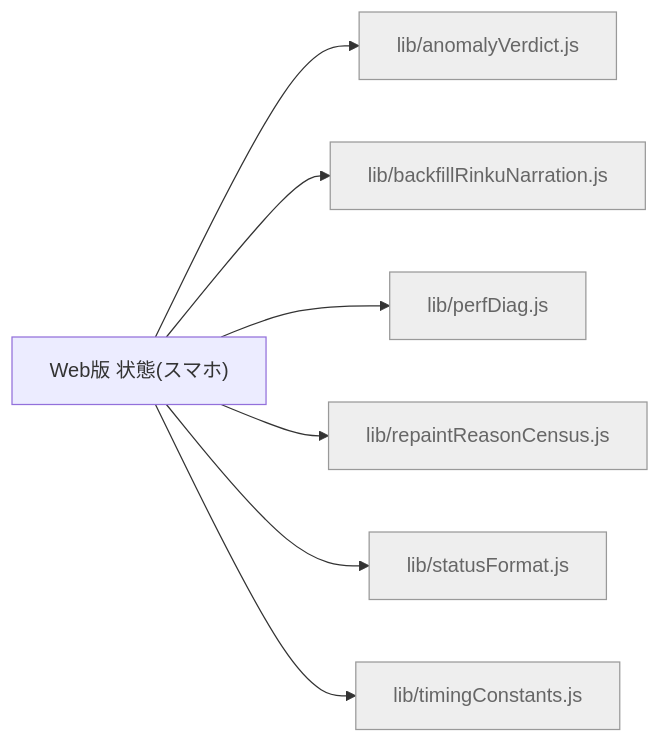
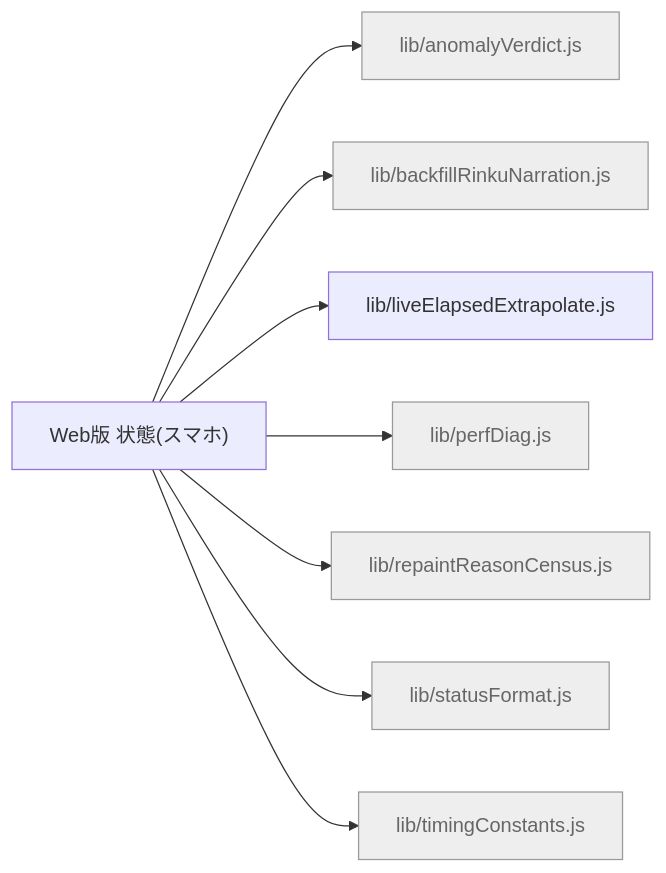
One commit to kimito-link/tsuioku-no-kirameki.com changed the diagram in docs/feature-map/web-status.md. Above: the diagram before and after it, drawn with Mermaid. The commit also changed 35 other files, not shown here.

````diff
--- a/docs/feature-map/web-status.md
+++ b/docs/feature-map/web-status.md
@@ -13,11 +13,12 @@
 ```mermaid
 graph LR
   n_web_status["Web版 状態(スマホ)"]
   n_web_status --> n_src_lib_anomalyVerdict_js["lib/anomalyVerdict.js"]:::shared
   n_web_status --> n_src_lib_backfillRinkuNarration_js["lib/backfillRinkuNarration.js"]:::shared
+  n_web_status --> n_src_lib_liveElapsedExtrapolate_js["lib/liveElapsedExtrapolate.js"]
   n_web_status --> n_src_lib_perfDiag_js["lib/perfDiag.js"]:::shared
   n_web_status --> n_src_lib_repaintReasonCensus_js["lib/repaintReasonCensus.js"]:::shared
   n_web_status --> n_src_lib_statusFormat_js["lib/statusFormat.js"]:::shared
   n_web_status --> n_src_lib_timingConstants_js["lib/timingConstants.js"]:::shared
   classDef shared fill:#eee,stroke:#999,color:#666;
 ```
````
